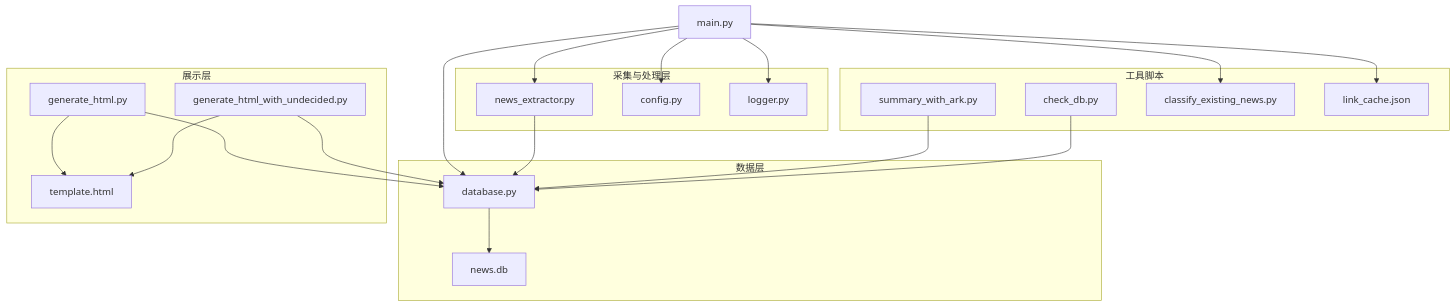
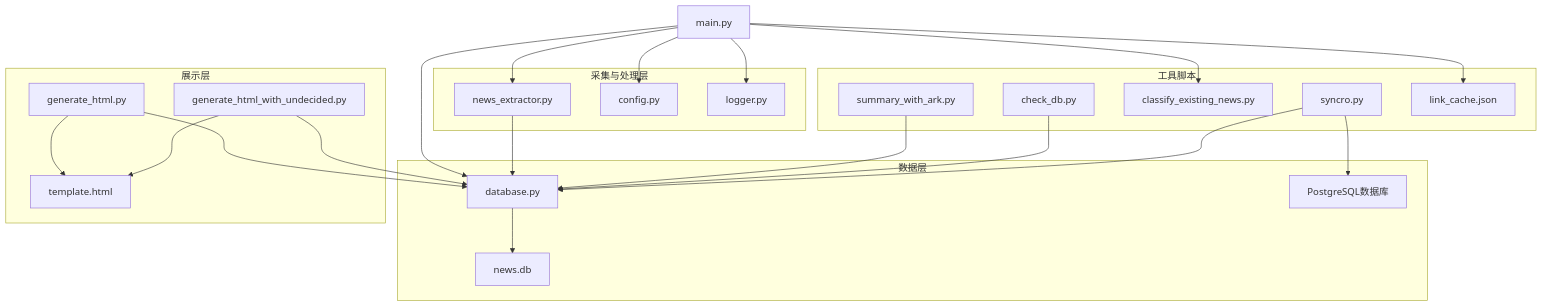
Before and after one commit to dengwanqian/news-exacter: the first of 8 diagrams in .qoder/repowiki/zh/content/工具脚本说明/工具脚本说明.md, drawn with Mermaid. The commit also changed other lines of this file and 7 other files, not shown here.

````diff
--- a/.qoder/repowiki/zh/content/工具脚本说明/工具脚本说明.md
+++ b/.qoder/repowiki/zh/content/工具脚本说明/工具脚本说明.md
@@ -54,38 +56,42 @@
 ```mermaid
 graph TB
 subgraph "采集与处理层"
 EX["news_extractor.py"]
 CFG["config.py"]
 LOG["logger.py"]
 end
 subgraph "数据层"
 DB["database.py"]
 SQL["news.db"]
+PG["PostgreSQL数据库"]
 end
 subgraph "展示层"
 GEN["generate_html.py"]
 GEN2["generate_html_with_undecided.py"]
 TPL["template.html"]
 end
 subgraph "工具脚本"
 CK["check_db.py"]
 SUM["summary_with_ark.py"]
 CLS["classify_existing_news.py"]
+SYNC["syncro.py"]
 LCK["link_cache.json"]
 end
 MAIN["main.py"]
 MAIN --> EX
 MAIN --> DB
 MAIN --> CFG
 MAIN --> LOG
 MAIN --> CLS
 EX --> DB
 DB --> SQL
 GEN --> DB
 GEN2 --> DB
 GEN --> TPL
 GEN2 --> TPL
 SUM --> DB
 CK --> DB
+SYNC --> DB
+SYNC --> PG
 MAIN --> LCK
 ```
````
